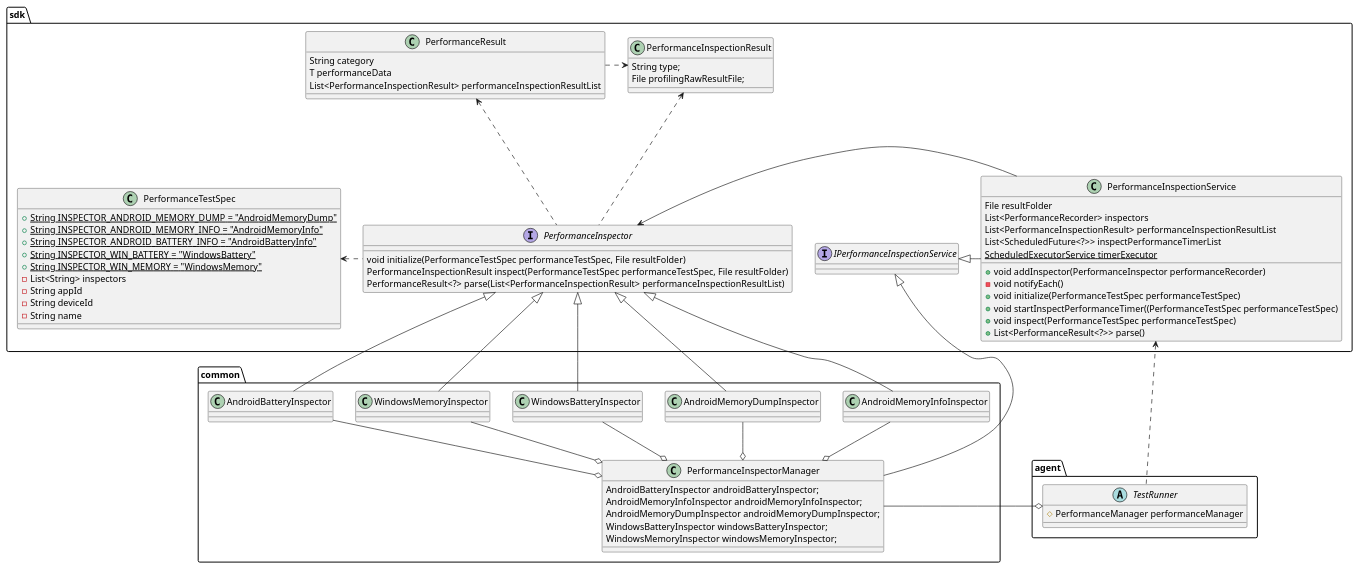
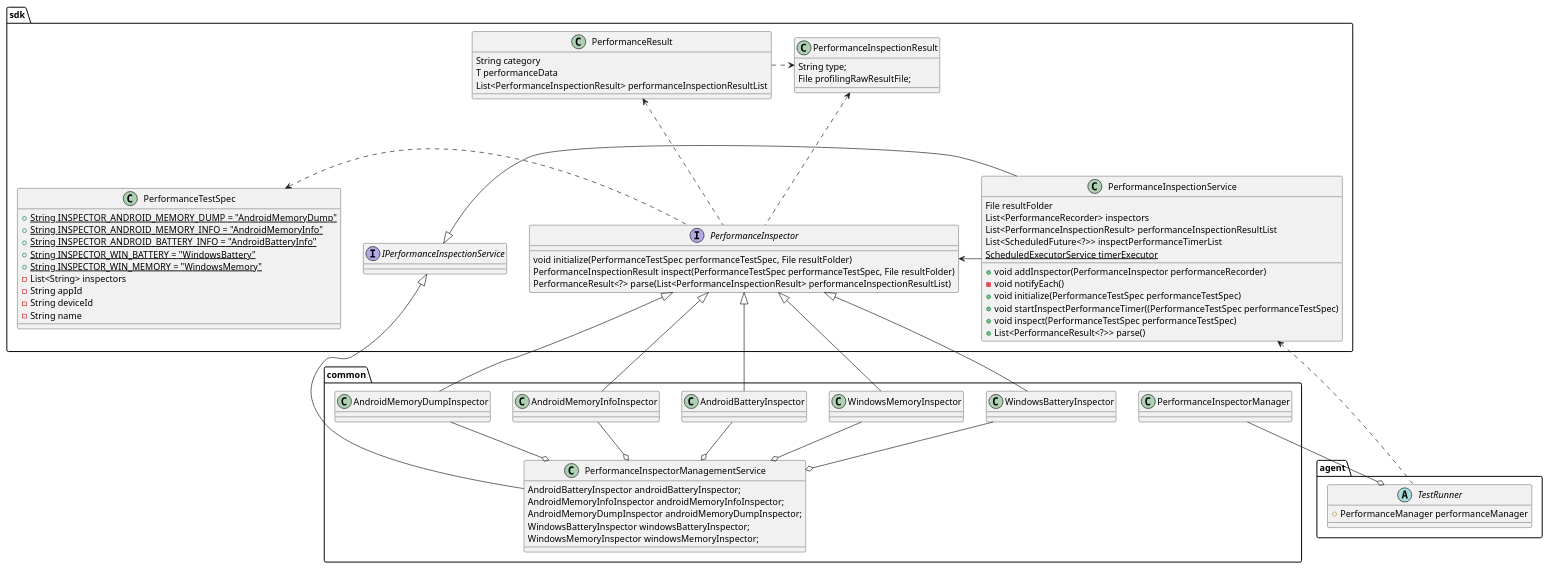
Before and after one commit to microsoft/HydraLab: the first of 3 diagrams in agent/doc/UML/perf_design.puml, drawn with PlantUML. The commit also changed 49 other files, not shown here.

```diff
--- a/agent/doc/UML/perf_design.puml
+++ b/agent/doc/UML/perf_design.puml
@@ -1,92 +1,92 @@
 @startuml
 'https://plantuml.com/class-diagram'
 
 package "sdk" {
 
     class PerformanceTestSpec {
         +{static}String INSPECTOR_ANDROID_MEMORY_DUMP = "AndroidMemoryDump"
         +{static}String INSPECTOR_ANDROID_MEMORY_INFO = "AndroidMemoryInfo"
         +{static}String INSPECTOR_ANDROID_BATTERY_INFO = "AndroidBatteryInfo"
         +{static}String INSPECTOR_WIN_BATTERY = "WindowsBattery"
         +{static}String INSPECTOR_WIN_MEMORY = "WindowsMemory"
         -List<String> inspectors
         -String appId
         -String deviceId
         -String name
     }
     interface PerformanceInspector {
         void initialize(PerformanceTestSpec performanceTestSpec, File resultFolder)
         PerformanceInspectionResult inspect(PerformanceTestSpec performanceTestSpec, File resultFolder)
         PerformanceResult<?> parse(List<PerformanceInspectionResult> performanceInspectionResultList)
     }
 
     interface IPerformanceInspectionService {
     }
 
     class PerformanceInspectionService {
         File resultFolder
         List<PerformanceRecorder> inspectors
         List<PerformanceInspectionResult> performanceInspectionResultList
         List<ScheduledFuture<?>> inspectPerformanceTimerList
         {static} ScheduledExecutorService timerExecutor
         +void addInspector(PerformanceInspector performanceRecorder)
         -void notifyEach()
         +void initialize(PerformanceTestSpec performanceTestSpec)
         +void startInspectPerformanceTimer((PerformanceTestSpec performanceTestSpec)
         +void inspect(PerformanceTestSpec performanceTestSpec)
         +List<PerformanceResult<?>> parse()
     }
 
     class PerformanceResult {
         String category
         T performanceData
         List<PerformanceInspectionResult> performanceInspectionResultList
     }
 
     class PerformanceInspectionResult {
         String type;
         File profilingRawResultFile;
     }
 
 
     PerformanceInspector -left..> PerformanceTestSpec
     PerformanceInspector -up..> PerformanceInspectionResult
     PerformanceInspector <---right PerformanceInspectionService
     PerformanceInspector -up..> PerformanceResult
     PerformanceResult -right..> PerformanceInspectionResult
     PerformanceInspectionService -r-|> IPerformanceInspectionService
 }
 
 package "agent" {
     abstract class TestRunner {
         #PerformanceManager performanceManager
     }
 }
 
 package "common" {
-    class PerformanceInspectorManager {
+    class PerformanceInspectorManagementService {
         AndroidBatteryInspector androidBatteryInspector;
         AndroidMemoryInfoInspector androidMemoryInfoInspector;
         AndroidMemoryDumpInspector androidMemoryDumpInspector;
         WindowsBatteryInspector windowsBatteryInspector;
         WindowsMemoryInspector windowsMemoryInspector;
     }
 
 
     PerformanceInspector <|-- AndroidBatteryInspector
     PerformanceInspector <|-- AndroidMemoryInfoInspector
     PerformanceInspector <|-- AndroidMemoryDumpInspector
     PerformanceInspector <|-- WindowsBatteryInspector
     PerformanceInspector <|-- WindowsMemoryInspector
 
-    AndroidBatteryInspector --o PerformanceInspectorManager
-    AndroidMemoryInfoInspector --o PerformanceInspectorManager
-    AndroidMemoryDumpInspector --o PerformanceInspectorManager
-    WindowsBatteryInspector --o PerformanceInspectorManager
-    WindowsMemoryInspector --o PerformanceInspectorManager
-    PerformanceInspectorManager --|> IPerformanceInspectionService
+    AndroidBatteryInspector --o PerformanceInspectorManagementService
+    AndroidMemoryInfoInspector --o PerformanceInspectorManagementService
+    AndroidMemoryDumpInspector --o PerformanceInspectorManagementService
+    WindowsBatteryInspector --o PerformanceInspectorManagementService
+    WindowsMemoryInspector --o PerformanceInspectorManagementService
+    PerformanceInspectorManagementService --|> IPerformanceInspectionService
 
     TestRunner o-r- PerformanceInspectorManager
     TestRunner -up..> PerformanceInspectionService
 }
 @enduml
```
